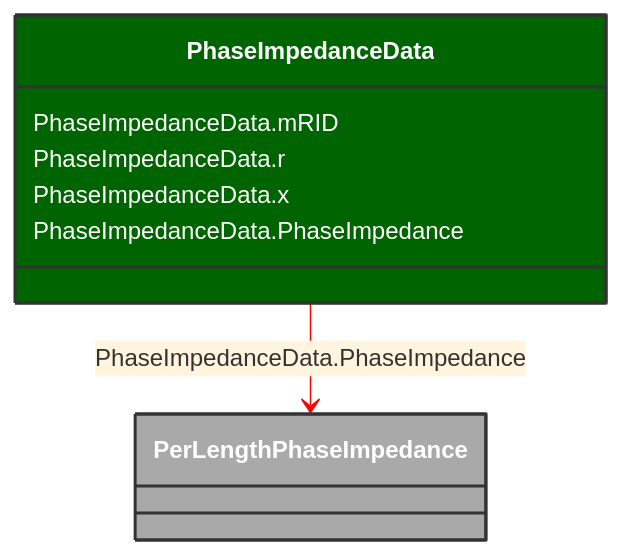
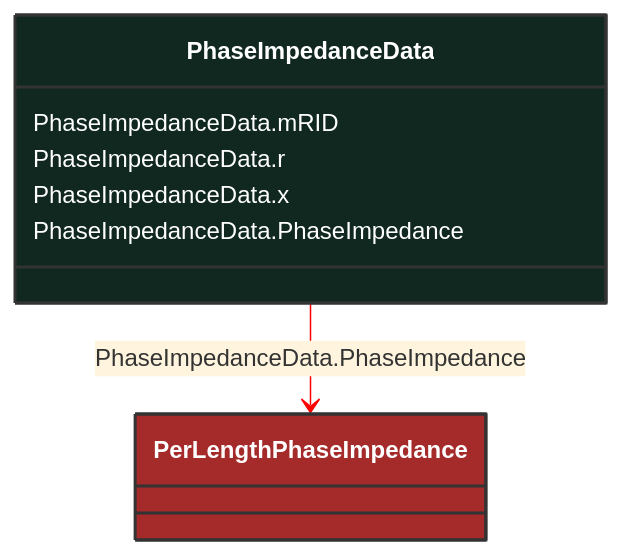
The diagram in docs/Models/Profiles/SubseaCableInfo/ConcreteClasses/PhaseImpedanceData.md (3lbits/NoCIMExtensions), drawn with Mermaid before and after one commit. The commit also changed 190 other files, not shown here.

````diff
--- a/docs/Models/Profiles/SubseaCableInfo/ConcreteClasses/PhaseImpedanceData.md
+++ b/docs/Models/Profiles/SubseaCableInfo/ConcreteClasses/PhaseImpedanceData.md
@@ -8,19 +8,19 @@
 ```mermaid
 %%{init: {'theme':'base','themeVariables': {'lineColor': '#FF0000'}}}%%
 classDiagram
     class PhaseImpedanceData
     click PhaseImpedanceData href "/Models/Profiles/SubseaCableInfo/ConcreteClasses/PhaseImpedanceData/"
-    style PhaseImpedanceData fill:#006400,stroke:#333,stroke-width:2px,rx:10,ry:10,color:white
+    style PhaseImpedanceData fill:#102820,stroke:#333,stroke-width:2px,rx:10,ry:10,color:white
 
         PhaseImpedanceData --> PerLengthPhaseImpedance : PhaseImpedanceData.PhaseImpedance
 
         PerLengthPhaseImpedance
             click PerLengthPhaseImpedance href "/Models/Profiles/SubseaCableInfo/ConcreteClasses/PerLengthPhaseImpedance/"
-            style PerLengthPhaseImpedance fill:#A9A9A9,stroke:#333,stroke-width:2px,rx:10,ry:10,color:white
+            style PerLengthPhaseImpedance fill:#A52A2A,stroke:#333,stroke-width:2px,rx:10,ry:10,color:white
 
 
         PhaseImpedanceData : PhaseImpedanceData.mRID
         PhaseImpedanceData : PhaseImpedanceData.r
         PhaseImpedanceData : PhaseImpedanceData.x
         PhaseImpedanceData : PhaseImpedanceData.PhaseImpedance
 ```
````
